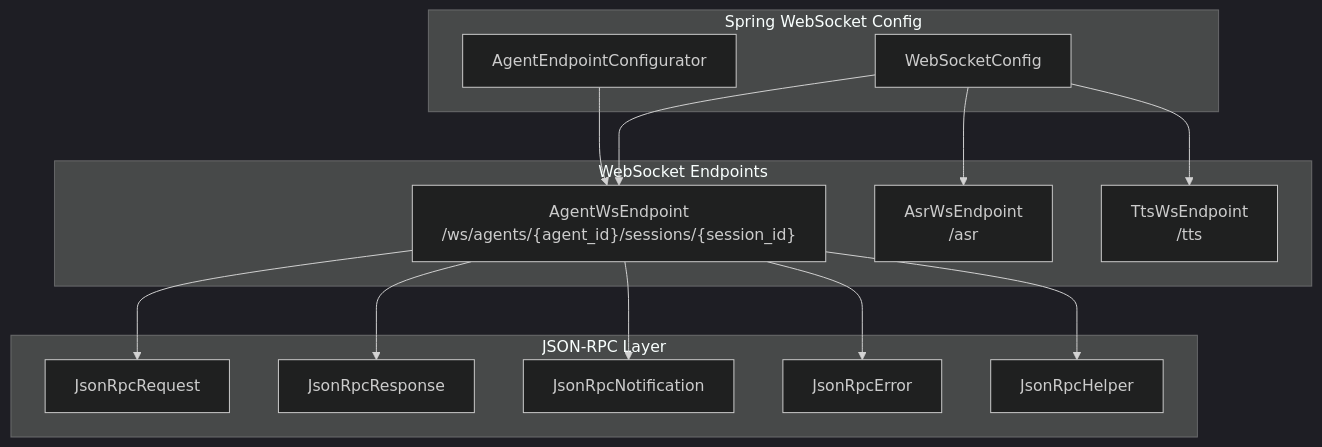
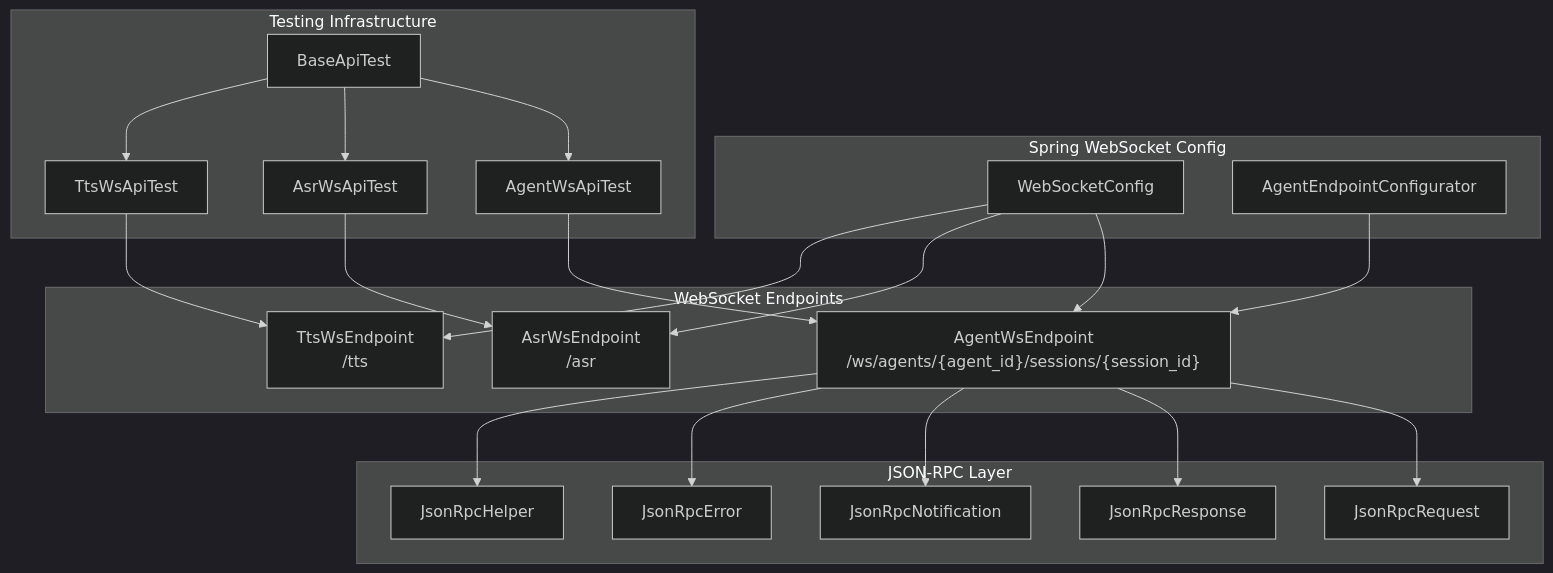
The first of 7 diagrams in .qoder/repowiki/en/content/API Reference/WebSocket API/WebSocket API.md (alibaba/tron-one-agent), drawn with Mermaid (dark theme) before and after one commit. The commit also changed other lines of this file and 6 other files, not shown here.

````diff
--- a/.qoder/repowiki/en/content/API Reference/WebSocket API/WebSocket API.md
+++ b/.qoder/repowiki/en/content/API Reference/WebSocket API/WebSocket API.md
@@ -40,28 +54,40 @@
 ```mermaid
 graph TB
 subgraph "WebSocket Endpoints"
 AWE["AgentWsEndpoint<br/>/ws/agents/{agent_id}/sessions/{session_id}"]
 ASR["AsrWsEndpoint<br/>/asr"]
 TTS["TtsWsEndpoint<br/>/tts"]
 end
 subgraph "JSON-RPC Layer"
 JRI["JsonRpcRequest"]
 JRO["JsonRpcResponse"]
 JRN["JsonRpcNotification"]
 JRE["JsonRpcError"]
 JRH["JsonRpcHelper"]
 end
 subgraph "Spring WebSocket Config"
 WSC["WebSocketConfig"]
 AEC["AgentEndpointConfigurator"]
 end
+subgraph "Testing Infrastructure"
+AWT["AgentWsApiTest"]
+AST["AsrWsApiTest"]
+TST["TtsWsApiTest"]
+BAT["BaseApiTest"]
+end
 AWE --> JRI
 AWE --> JRO
 AWE --> JRN
 AWE --> JRE
 AWE --> JRH
 WSC --> AWE
 WSC --> ASR
 WSC --> TTS
 AEC --> AWE
+AWT --> AWE
+AST --> ASR
+TST --> TTS
+BAT --> AWT
+BAT --> AST
+BAT --> TST
 ```
````
